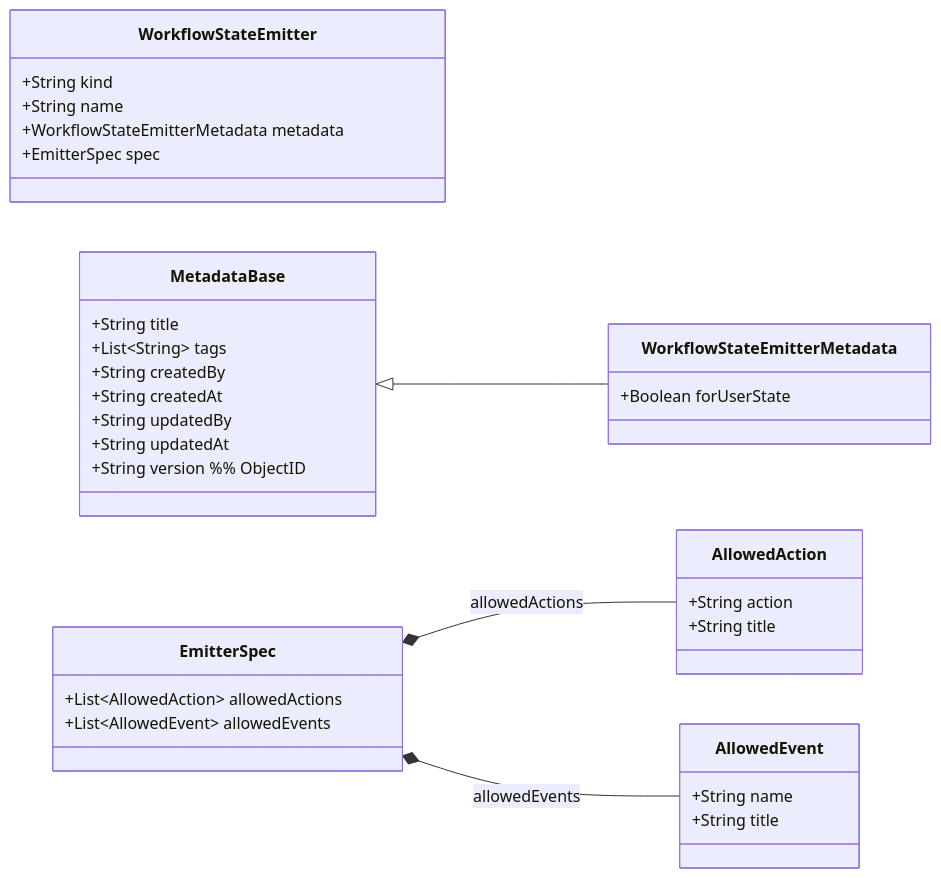
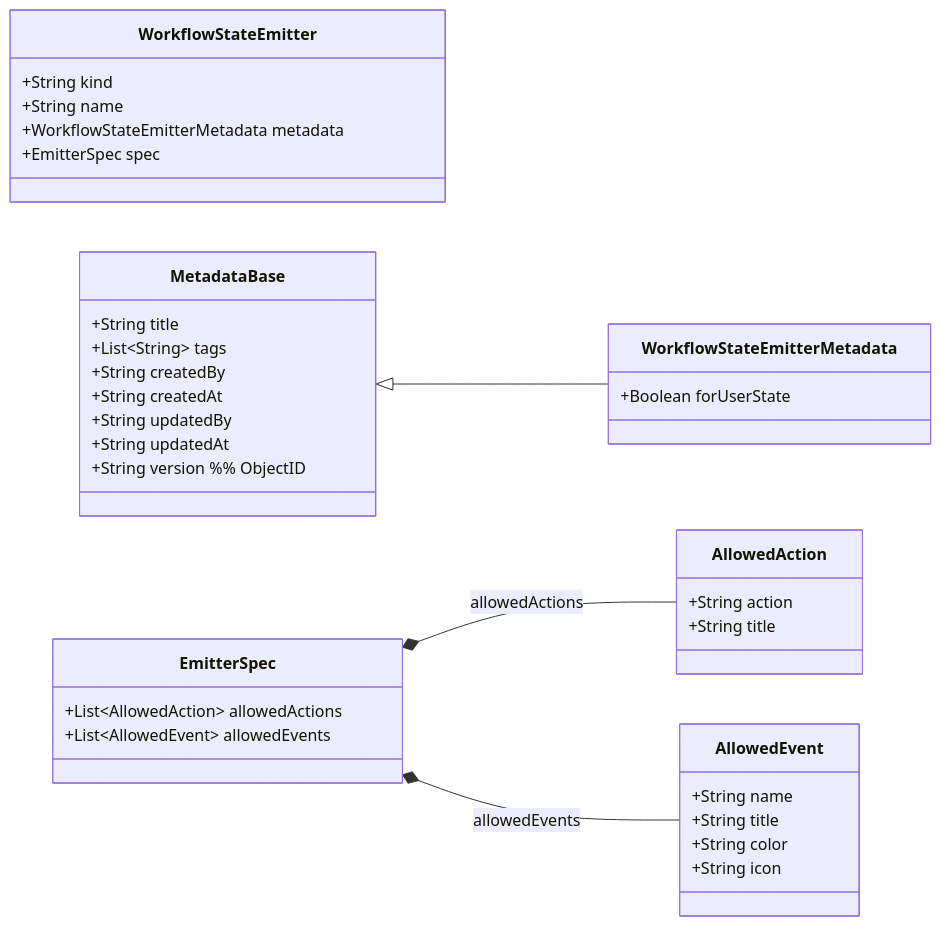
Before and after one commit to lchrennew/es-workflow: the diagram in docs/design/15-emitter-domain.md, drawn with Mermaid. The commit also changed other lines of this file and 40 other files, not shown here.

````diff
--- a/docs/design/15-emitter-domain.md
+++ b/docs/design/15-emitter-domain.md
@@ -16,44 +16,46 @@
 ```mermaid
 classDiagram
 direction LR
 
 class WorkflowStateEmitter {
   +String kind
   +String name
   +WorkflowStateEmitterMetadata metadata
   +EmitterSpec spec
 }
 
 class MetadataBase {
   +String title
   +List~String~ tags
   +String createdBy
   +String createdAt
   +String updatedBy
   +String updatedAt
   +String version  %% ObjectID
 }
 
 class WorkflowStateEmitterMetadata {
   +Boolean forUserState
 }
 
 class AllowedAction {
   +String action
   +String title
 }
 
 class AllowedEvent {
   +String name
   +String title
+  +String color
+  +String icon
 }
 
 class EmitterSpec {
   +List~AllowedAction~ allowedActions
   +List~AllowedEvent~ allowedEvents
 }
 
 MetadataBase <|-- WorkflowStateEmitterMetadata
 EmitterSpec *-- AllowedAction : allowedActions
 EmitterSpec *-- AllowedEvent : allowedEvents
 ```
````
